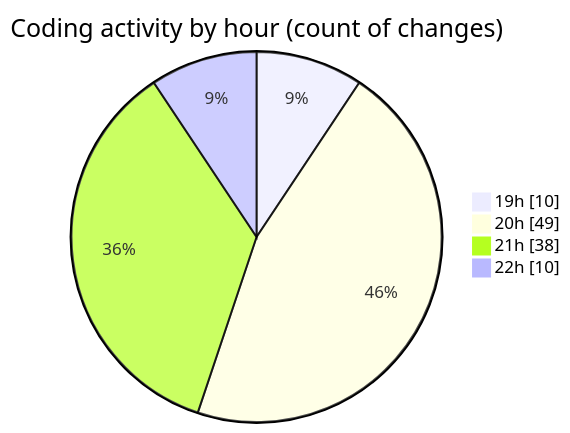
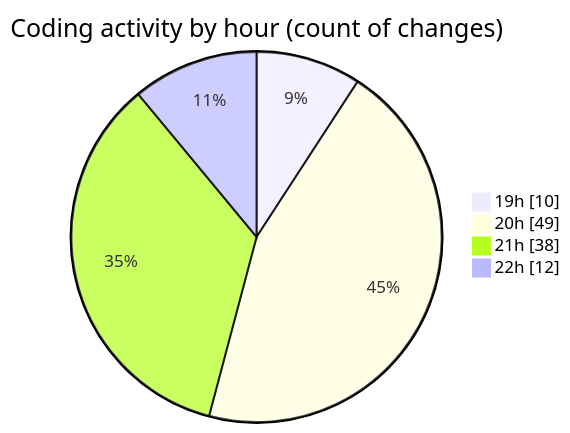
One commit to charlie-sans/code-tracking changed the second of 2 diagrams in 2025-01-28/trollerboard/README.md. Above: the diagram before and after it, drawn with Mermaid. The commit also changed other lines of this file and 1 other file, not shown here.

````diff
--- a/2025-01-28/trollerboard/README.md
+++ b/2025-01-28/trollerboard/README.md
@@ -43,8 +43,8 @@
 ```mermaid
 pie showData
 title Coding activity by hour (count of changes)
 "19h" : 10
 "20h" : 49
 "21h" : 38
-"22h" : 10
+"22h" : 12
 ```
````
